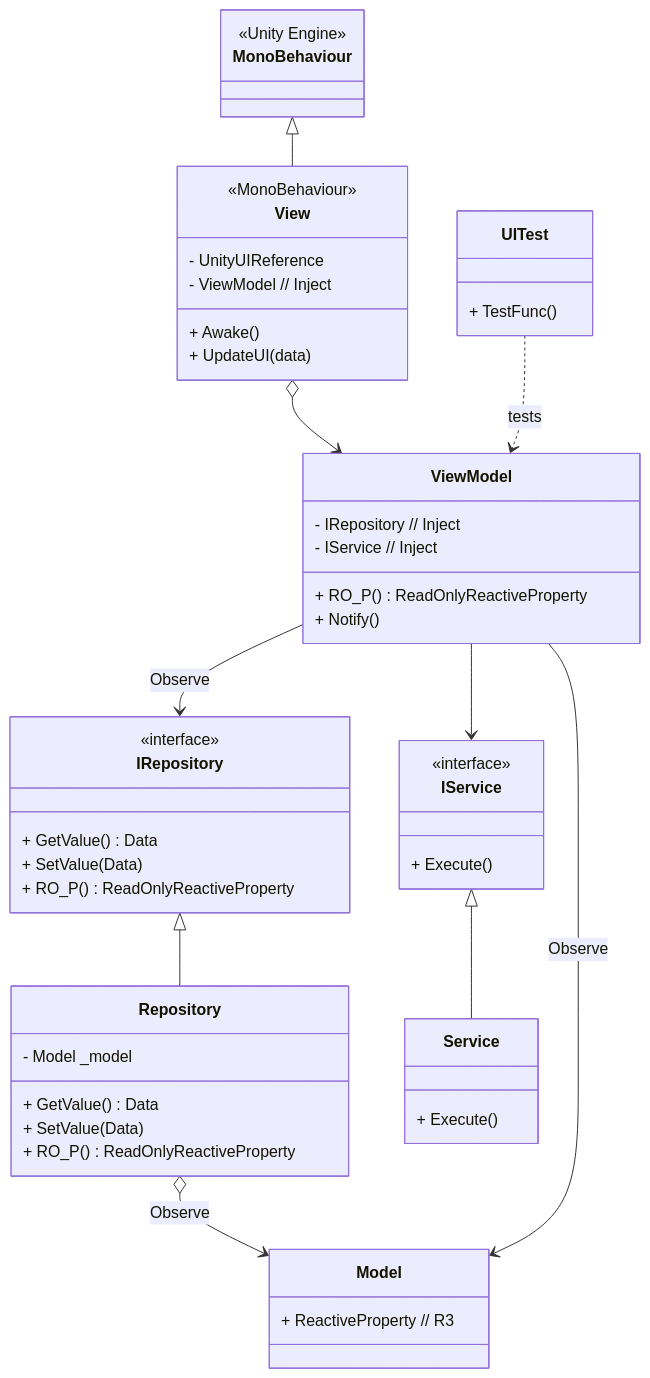
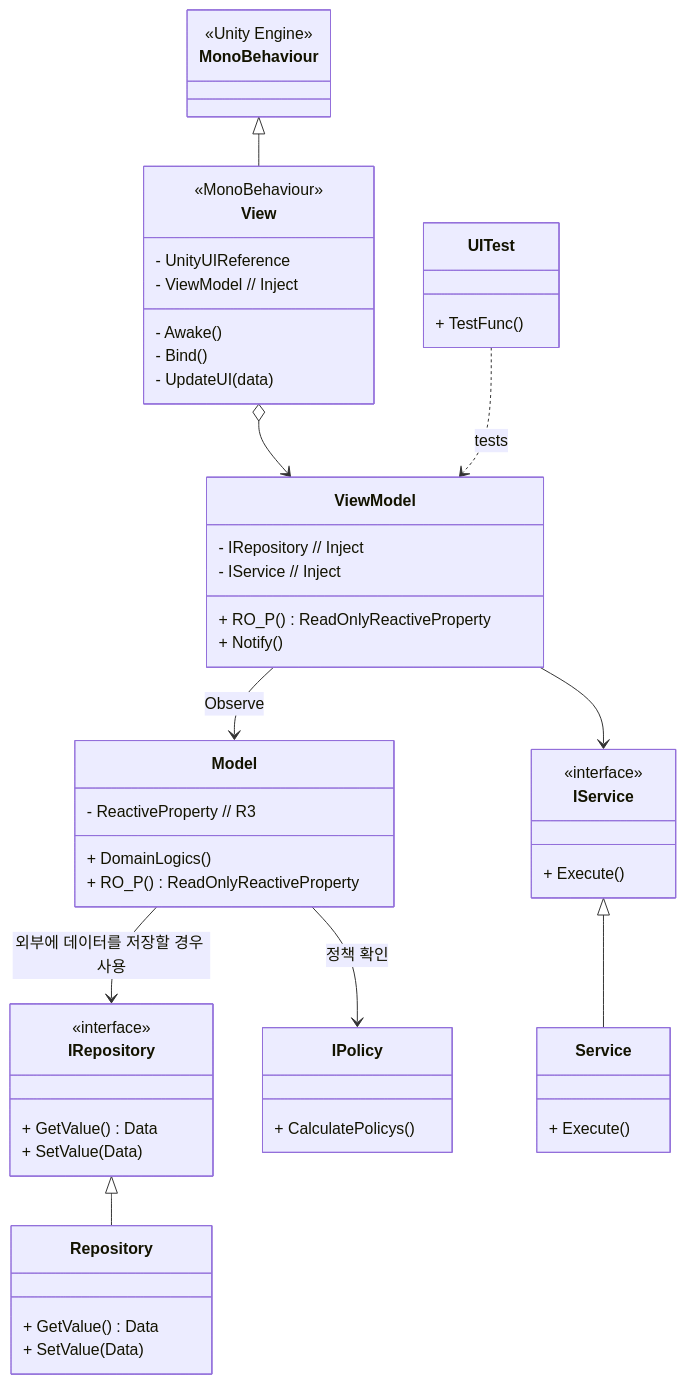
One commit to HyunWoo-Jo/ProjectHS changed the second of 2 diagrams in README.md. Above: the diagram before and after it, drawn with Mermaid. The commit also changed other lines of this file, not shown here.

````diff
--- a/README.md
+++ b/README.md
@@ -147,62 +147,69 @@
 ```mermaid
 classDiagram
     class MonoBehaviour {
         <<Unity Engine>>
     }
 
     class View {
         <<MonoBehaviour>>
         - UnityUIReference
         - ViewModel  // Inject
-        + Awake()
-        + UpdateUI(data)
+        - Awake()
+        - Bind()
+        - UpdateUI(data)
     }
 
     class ViewModel {
         - IRepository // Inject
         - IService // Inject
         + RO_P() ReadOnlyReactiveProperty
         + Notify()
     }
 
     class IRepository {
         <<interface>>
         + GetValue() Data
         + SetValue(Data)
-        + RO_P() ReadOnlyReactiveProperty
+
     }
 
     class Repository {
-        - Model _model
         + GetValue() Data
         + SetValue(Data)
-        + RO_P() ReadOnlyReactiveProperty
     }
 
     class Model {
-        + ReactiveProperty // R3
+        - ReactiveProperty // R3
+        + DomainLogics()
+        + RO_P() ReadOnlyReactiveProperty
+
+    }
+
+    class IPolicy{
+        + CalculatePolicys()
     }
 
     class IService {
         <<interface>>
         + Execute()
     }
 
     class Service {
         + Execute()
     }
 
     class UITest {
         + TestFunc()
     }
 
+    Model --> IPolicy : 정책 확인
     MonoBehaviour <|-- View       
     View o--> ViewModel               
-    ViewModel --> IRepository : Observe  
     ViewModel --> IService              
-    IRepository <|-- Repository     
-    Repository o--> Model : Observe  
-    ViewModel --> Model : Observe           
+    IRepository <|-- Repository    
+    ViewModel --> Model : Observe  
+
+    Model --> IRepository : 외부에 데이터를 저장할 경우 사용  
     UITest ..> ViewModel : tests  
     IService <|-- Service
 ```
````
